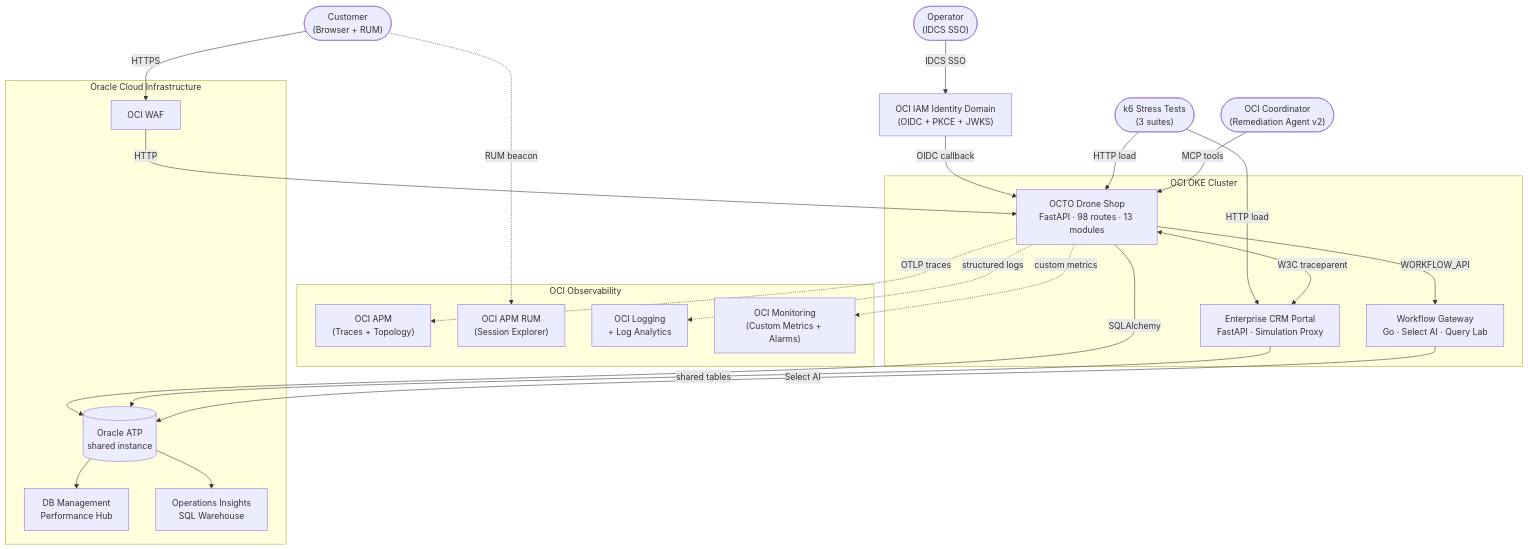
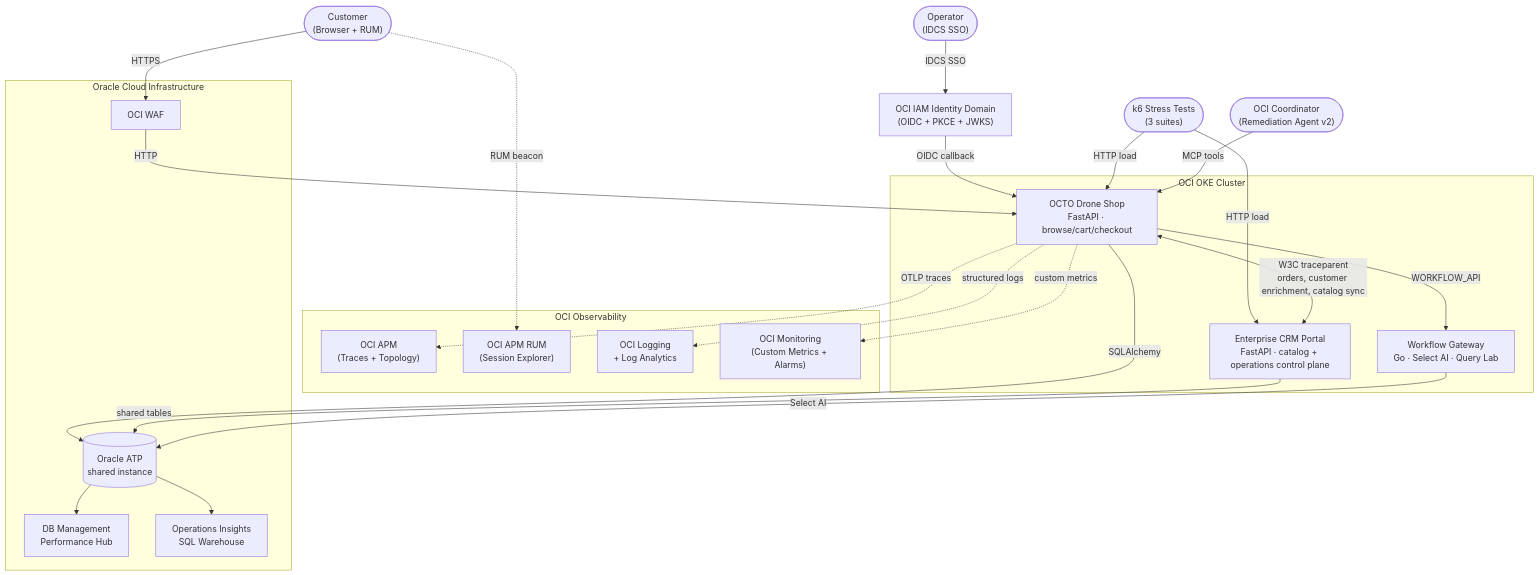
Before and after one commit to adibirzu/octo-apm-demo: the diagram in site/architecture/system-design.md, drawn with Mermaid. The commit also changed other lines of this file and 8 other files, not shown here.

Commit message:
docs: update public architecture and CRM ownership docs

````diff
--- a/site/architecture/system-design.md
+++ b/site/architecture/system-design.md
@@ -5,45 +5,45 @@
 ```mermaid
 flowchart TD
     Customer(["Customer<br/>(Browser + RUM)"])
     Admin(["Operator<br/>(IDCS SSO)"])
     K6(["k6 Stress Tests<br/>(3 suites)"])
     Coordinator(["OCI Coordinator<br/>(Remediation Agent v2)"])
     IDCS["OCI IAM Identity Domain<br/>(OIDC + PKCE + JWKS)"]
 
     subgraph K8S_Cluster ["OCI OKE Cluster"]
-        DroneShop["OCTO Drone Shop<br/>FastAPI · 98 routes · 13 modules"]
+        DroneShop["OCTO Drone Shop<br/>FastAPI · browse/cart/checkout"]
         WorkflowGW["Workflow Gateway<br/>Go · Select AI · Query Lab"]
-        CRM["Enterprise CRM Portal<br/>FastAPI · Simulation Proxy"]
+        CRM["Enterprise CRM Portal<br/>FastAPI · catalog + operations control plane"]
     end
 
     subgraph Observability ["OCI Observability"]
         APM["OCI APM<br/>(Traces + Topology)"]
         RUM["OCI APM RUM<br/>(Session Explorer)"]
         Logging["OCI Logging<br/>+ Log Analytics"]
         Monitoring["OCI Monitoring<br/>(Custom Metrics + Alarms)"]
     end
 
     subgraph DataLayer ["Oracle Cloud Infrastructure"]
         DB[(Oracle ATP<br/>shared instance)]
         DBMgmt["DB Management<br/>Performance Hub"]
         OPSI["Operations Insights<br/>SQL Warehouse"]
         WAF["OCI WAF"]
     end
 
     Customer -->|HTTPS| WAF -->|HTTP| DroneShop
     Customer -.->|RUM beacon| RUM
     Admin -->|IDCS SSO| IDCS -->|OIDC callback| DroneShop
     K6 -->|HTTP load| DroneShop
     K6 -->|HTTP load| CRM
-    DroneShop <-->|"W3C traceparent"| CRM
+    DroneShop <-->|"W3C traceparent<br/>orders, customer enrichment, catalog sync"| CRM
     DroneShop -->|WORKFLOW_API| WorkflowGW
     Coordinator -->|"MCP tools"| DroneShop
     DroneShop -->|SQLAlchemy| DB
     CRM -->|shared tables| DB
     WorkflowGW -->|Select AI| DB
     DB --> DBMgmt
     DB --> OPSI
     DroneShop -.->|OTLP traces| APM
     DroneShop -.->|structured logs| Logging
     DroneShop -.->|custom metrics| Monitoring
 ```
````
